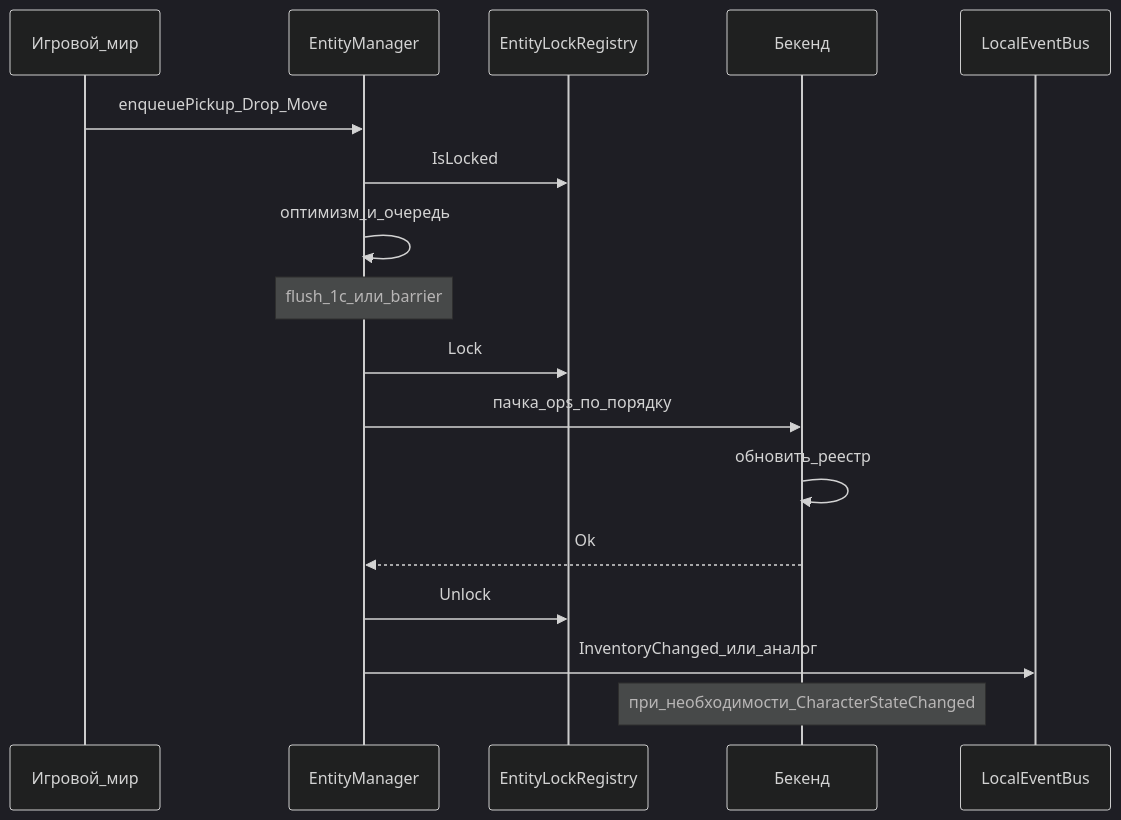
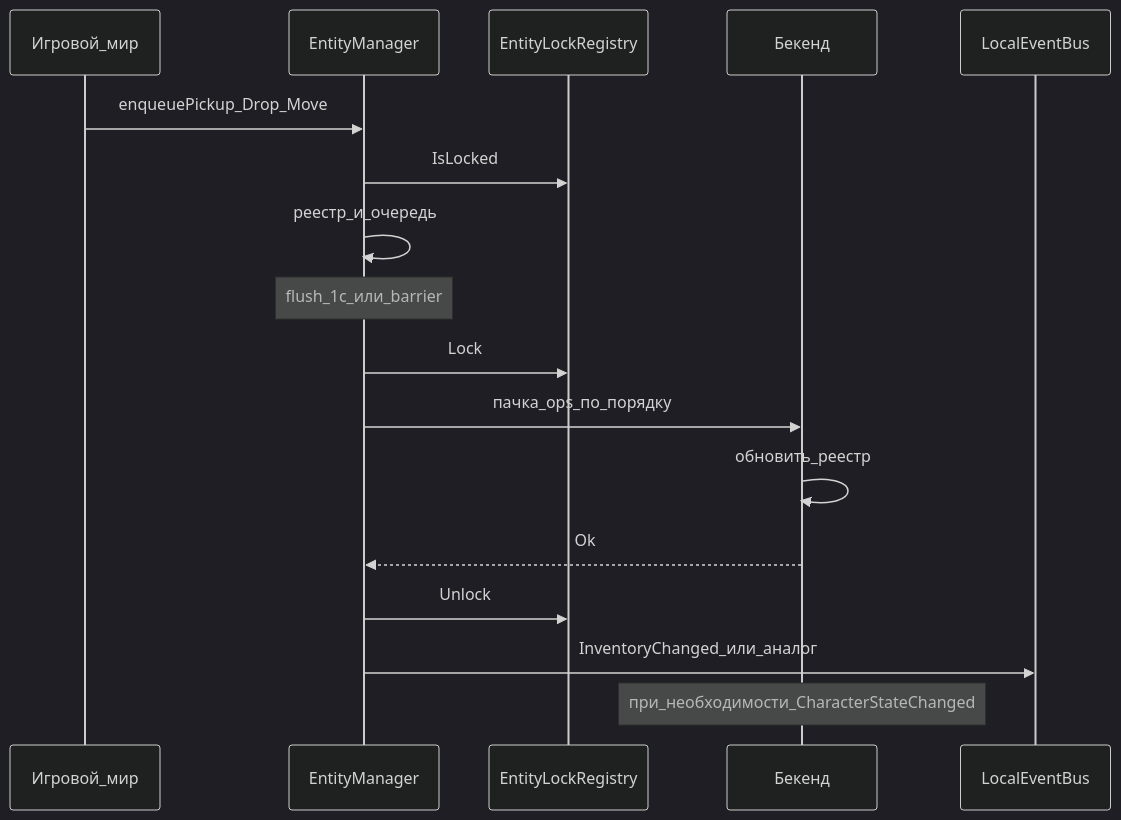
One commit to EvGenius91/arma-r-arch changed the second of 2 diagrams in Architecture/EntityManager.md. Above: the diagram before and after it, drawn with Mermaid (dark theme). The commit also changed other lines of this file and 7 other files, not shown here.

````diff
--- a/Architecture/EntityManager.md
+++ b/Architecture/EntityManager.md
@@ -91,20 +91,20 @@
 ```mermaid
 sequenceDiagram
     participant World as Игровой_мир
     participant EM as EntityManager
     participant Lock as EntityLockRegistry
     participant BE as Бекенд
     participant EB as LocalEventBus
 
     World->>EM: enqueuePickup_Drop_Move
     EM->>Lock: IsLocked
-    EM->>EM: оптимизм_и_очередь
+    EM->>EM: реестр_и_очередь
     Note over EM: flush_1с_или_barrier
     EM->>Lock: Lock
     EM->>BE: пачка_ops_по_порядку
     BE->>BE: обновить_реестр
     BE-->>EM: Ok
     EM->>Lock: Unlock
     EM->>EB: InventoryChanged_или_аналог
     Note over BE: при_необходимости_CharacterStateChanged
 ```
````
